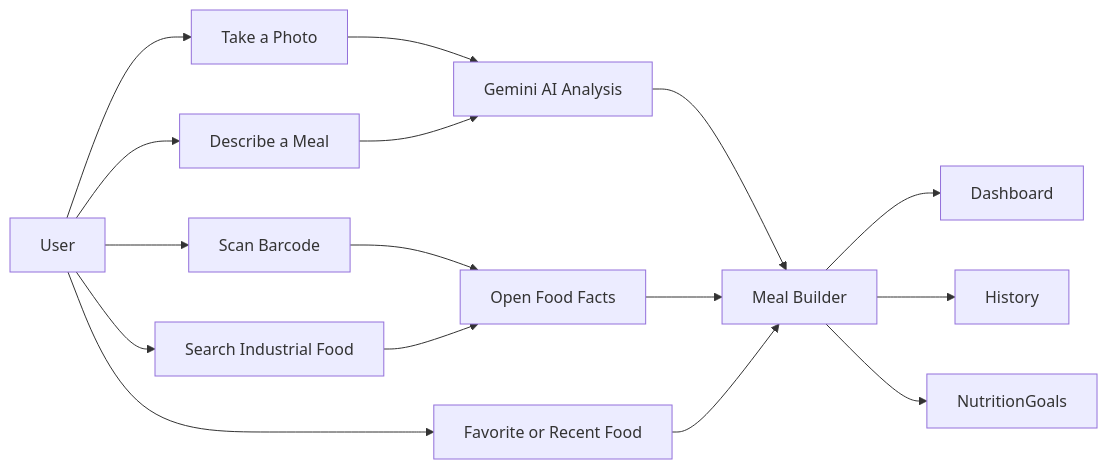
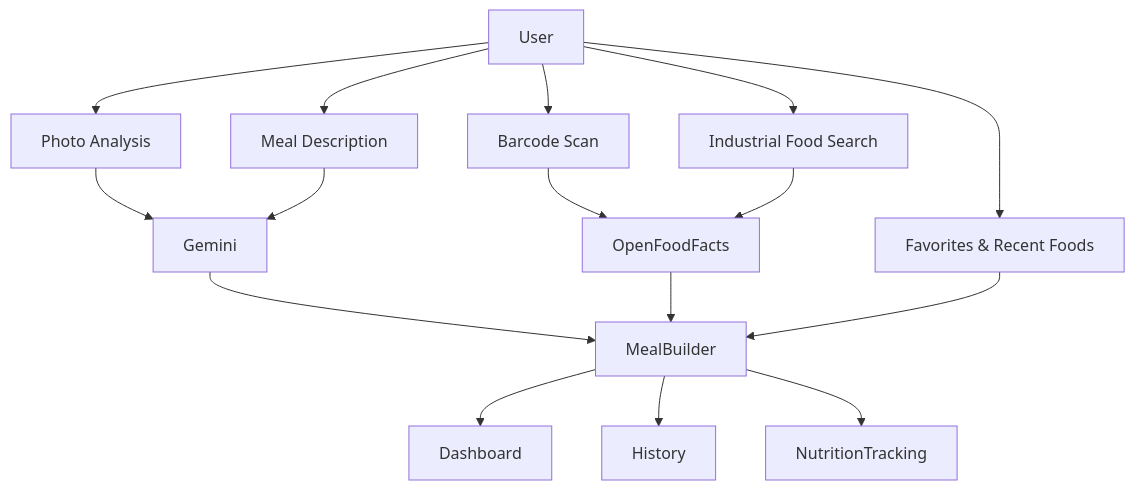
Before and after one commit to LM141220/calorie-tracker-ai: the first of 2 diagrams in README.md, drawn with Mermaid. The commit also changed other lines of this file, not shown here.

````diff
--- a/README.md
+++ b/README.md
@@ -67,28 +117,25 @@
 ```mermaid
-flowchart LR
+flowchart TD
 
 User[User]
 
-User --> Photo[Take a Photo]
-User --> Prompt[Describe a Meal]
-User --> Barcode[Scan Barcode]
-User --> Search[Search Industrial Food]
-User --> Favorite[Favorite or Recent Food]
+User --> Photo[Photo Analysis]
+User --> Text[Meal Description]
+User --> Barcode[Barcode Scan]
+User --> Search[Industrial Food Search]
+User --> Favorites[Favorites & Recent Foods]
 
-Photo --> AI
-Prompt --> AI
+Photo --> Gemini
+Text --> Gemini
 
-Barcode --> OFF
-Search --> OFF
+Barcode --> OpenFoodFacts
+Search --> OpenFoodFacts
 
-AI[Gemini AI Analysis]
-OFF[Open Food Facts]
-
-AI --> MealBuilder[Meal Builder]
-OFF --> MealBuilder
-Favorite --> MealBuilder
+Gemini --> MealBuilder
+OpenFoodFacts --> MealBuilder
+Favorites --> MealBuilder
 
 MealBuilder --> Dashboard
 MealBuilder --> History
-MealBuilder --> NutritionGoals
+MealBuilder --> NutritionTracking
 ```
````
